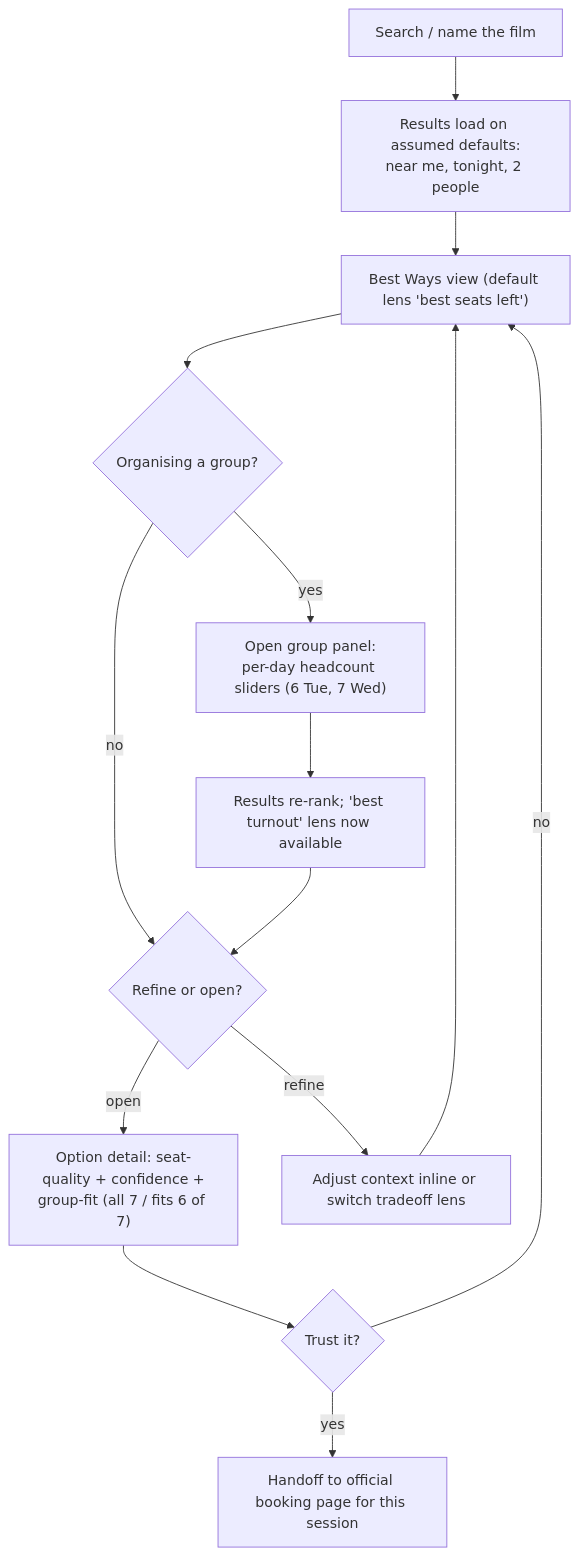
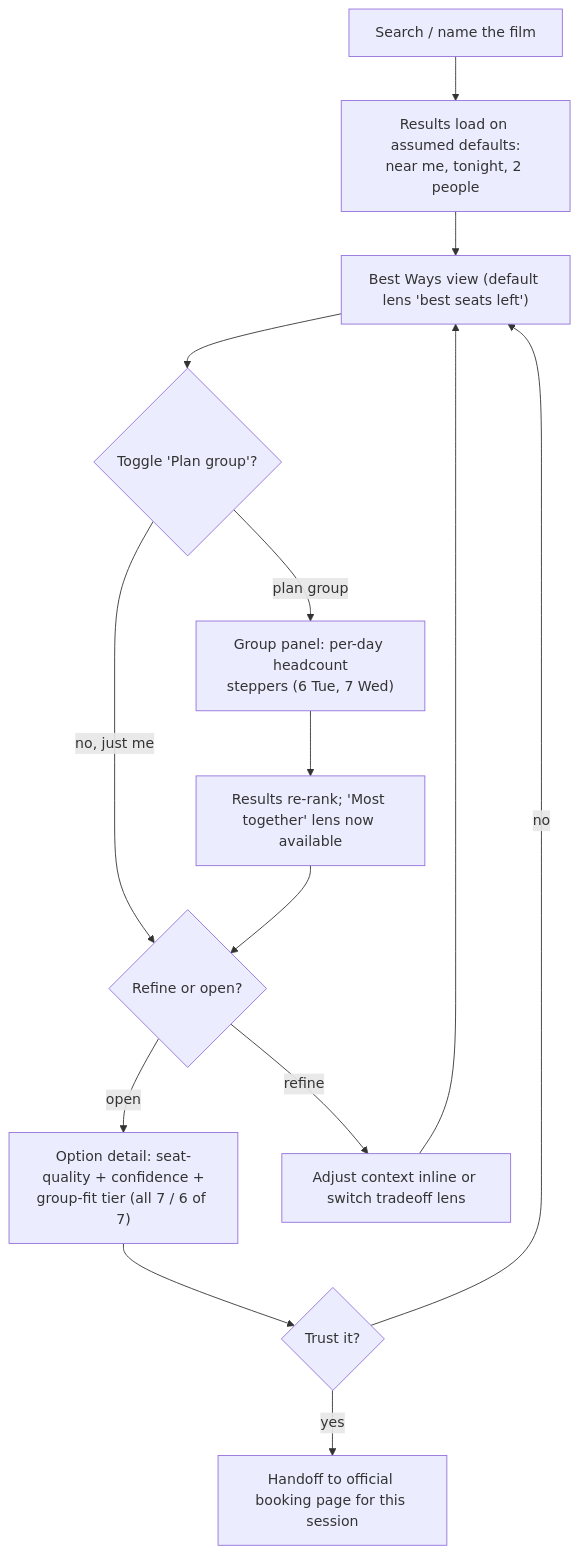
One commit to miloli-git/auscinema-seatfinder changed the first of 5 diagrams in design/journey/03-flows-and-concepts.md. Above: the diagram before and after it, drawn with Mermaid. The commit also changed other lines of this file and 4 other files, not shown here.

First line of the commit message:
docs(design): adopt Codex UX review — steppers, visible mode, 3-tier turnout

````diff
--- a/design/journey/03-flows-and-concepts.md
+++ b/design/journey/03-flows-and-concepts.md
@@ -23,16 +24,16 @@
 ```mermaid
 flowchart TD
   A["Search / name the film"] --> B["Results load on assumed defaults:<br/>near me, tonight, 2 people"]
   B --> C["Best Ways view (default lens 'best seats left')"]
-  C --> G1{"Organising a group?"}
-  G1 -->|no| D{"Refine or open?"}
-  G1 -->|yes| O["Open group panel:<br/>per-day headcount sliders (6 Tue, 7 Wed)"]
-  O --> C2["Results re-rank; 'best turnout' lens now available"]
+  C --> G1{"Toggle 'Plan group'?"}
+  G1 -->|no, just me| D{"Refine or open?"}
+  G1 -->|plan group| O["Group panel: per-day headcount<br/>steppers (6 Tue, 7 Wed)"]
+  O --> C2["Results re-rank; 'Most together' lens now available"]
   C2 --> D
-  D -->|open| E["Option detail: seat-quality + confidence +<br/>group-fit (all 7 / fits 6 of 7)"]
+  D -->|open| E["Option detail: seat-quality + confidence +<br/>group-fit tier (all 7 / 6 of 7)"]
   D -->|refine| F["Adjust context inline or switch tradeoff lens"]
   F --> C
   E --> H{"Trust it?"}
   H -->|yes| I["Handoff to official booking page for this session"]
   H -->|no| C
 ```
````
